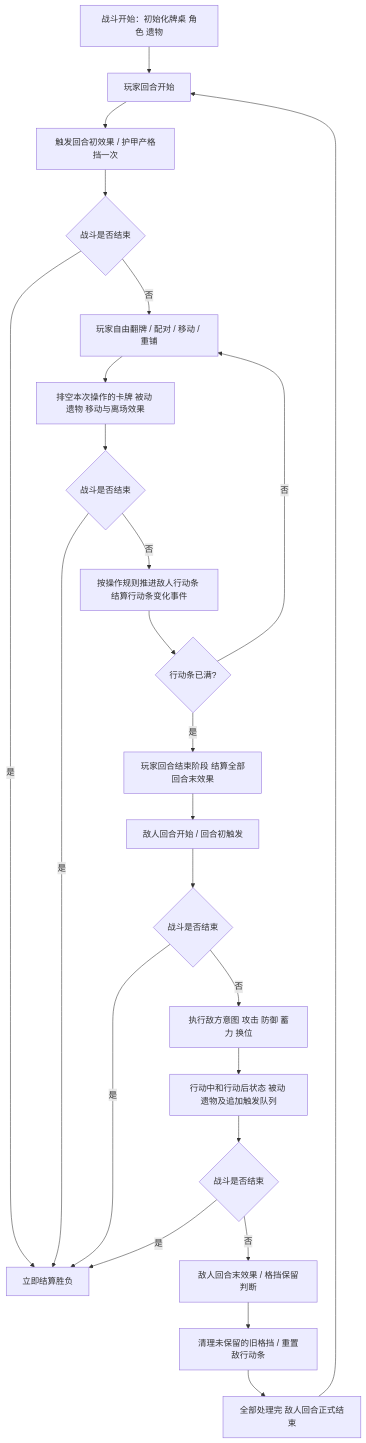
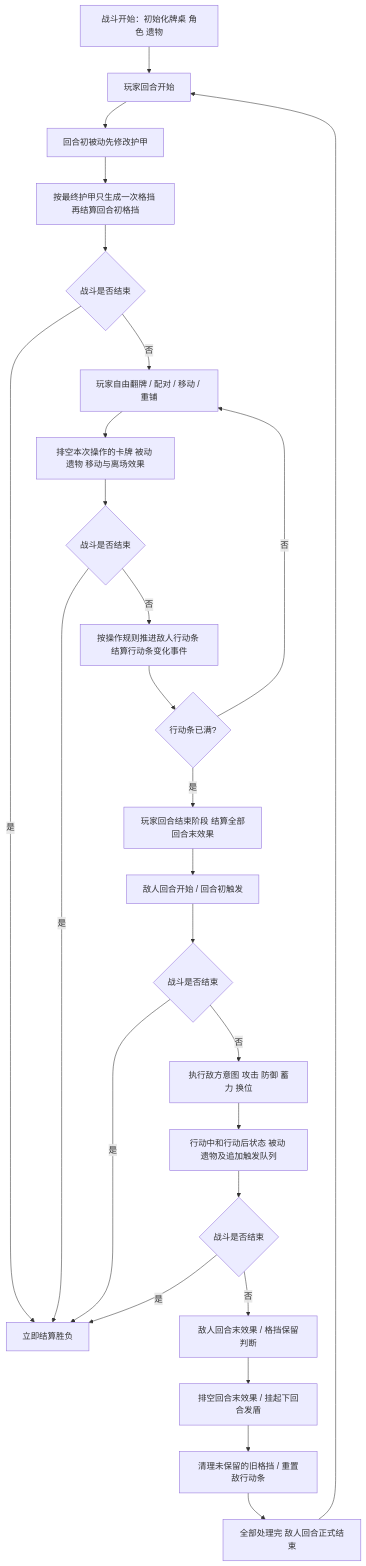
One commit to cnoom/Memory-Doc changed the diagram in docs/design/31-V7.2玩家敌人双回合与效果触发时序协议.md. Above: the diagram before and after it, drawn with Mermaid. The commit also changed other lines of this file, not shown here.

````diff
--- a/docs/design/31-V7.2玩家敌人双回合与效果触发时序协议.md
+++ b/docs/design/31-V7.2玩家敌人双回合与效果触发时序协议.md
@@ -25,26 +25,28 @@
 ```mermaid
 flowchart TD
  A[战斗开始：初始化牌桌 角色 遗物] --> P0[玩家回合开始]
- P0 --> P1[触发回合初效果 / 护甲产格挡一次]
+ P0 --> P01[回合初被动先修改护甲]
+ P01 --> P1[按最终护甲只生成一次格挡 再结算回合初格挡]
  P1 --> P2{战斗是否结束}
  P2 -- 是 --> Z[立即结算胜负]
  P2 -- 否 --> P3[玩家自由翻牌 / 配对 / 移动 / 重铺]
  P3 --> P4[排空本次操作的卡牌 被动 遗物 移动与离场效果]
  P4 --> P5{战斗是否结束}
  P5 -- 是 --> Z
  P5 -- 否 --> P6[按操作规则推进敌人行动条 结算行动条变化事件]
  P6 --> P7{行动条已满?}
  P7 -- 否 --> P3
  P7 -- 是 --> P8[玩家回合结束阶段 结算全部回合末效果]
  P8 --> E0[敌人回合开始 / 回合初触发]
  E0 --> E1{战斗是否结束}
  E1 -- 是 --> Z
  E1 -- 否 --> E2[执行敌方意图 攻击 防御 蓄力 换位]
  E2 --> E3[行动中和行动后状态 被动 遗物及追加触发队列]
  E3 --> E4{战斗是否结束}
  E4 -- 是 --> Z
  E4 -- 否 --> E5[敌人回合末效果 / 格挡保留判断]
- E5 --> E6[清理未保留的旧格挡 / 重置敌行动条]
+ E5 --> E51[排空回合末效果 / 挂起下回合发盾]
+ E51 --> E6[清理未保留的旧格挡 / 重置敌行动条]
  E6 --> E7[全部处理完 敌人回合正式结束]
  E7 --> P0
 ```
````
